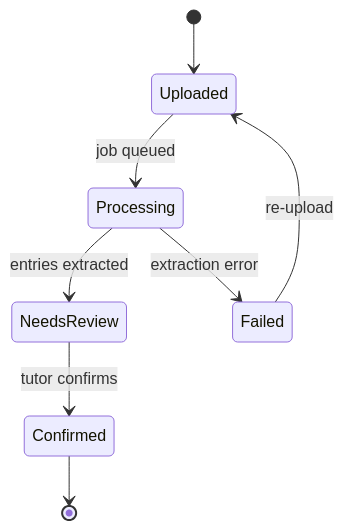
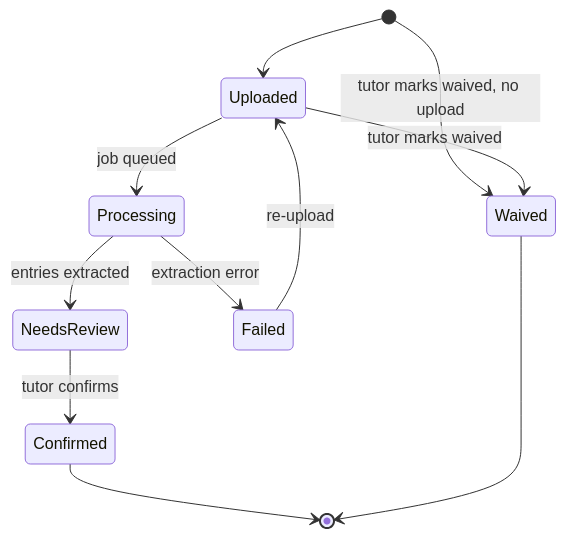
One commit to gauravgpan/IntellEd changed diagram 12 of 12 in docs/mvp/technical-design.md. Above: the diagram before and after it, drawn with Mermaid. The commit also changed other lines of this file and 97 other files, not shown here.

````diff
--- a/docs/mvp/technical-design.md
+++ b/docs/mvp/technical-design.md
@@ -456,10 +458,13 @@
 ```mermaid
 stateDiagram-v2
   [*] --> Uploaded
   Uploaded --> Processing : job queued
   Processing --> NeedsReview : entries extracted
   Processing --> Failed : extraction error
   Failed --> Uploaded : re-upload
   NeedsReview --> Confirmed : tutor confirms
   Confirmed --> [*]
+  [*] --> Waived : tutor marks waived, no upload
+  Uploaded --> Waived : tutor marks waived
+  Waived --> [*]
 ```
````
